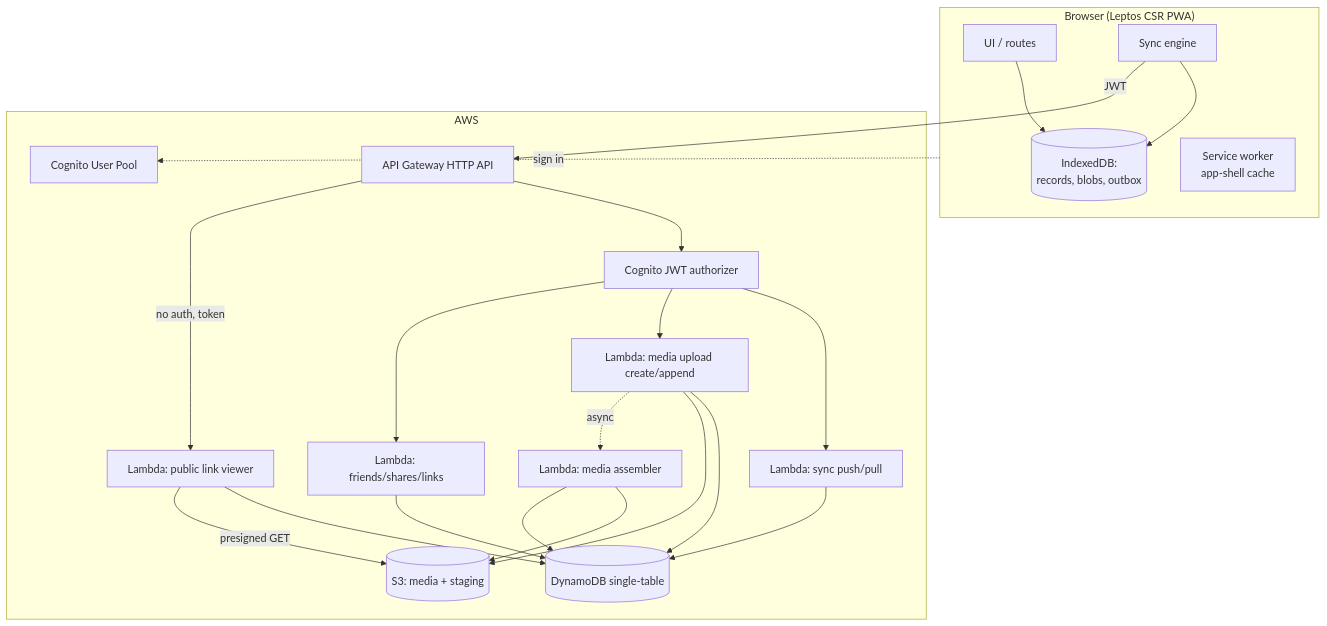
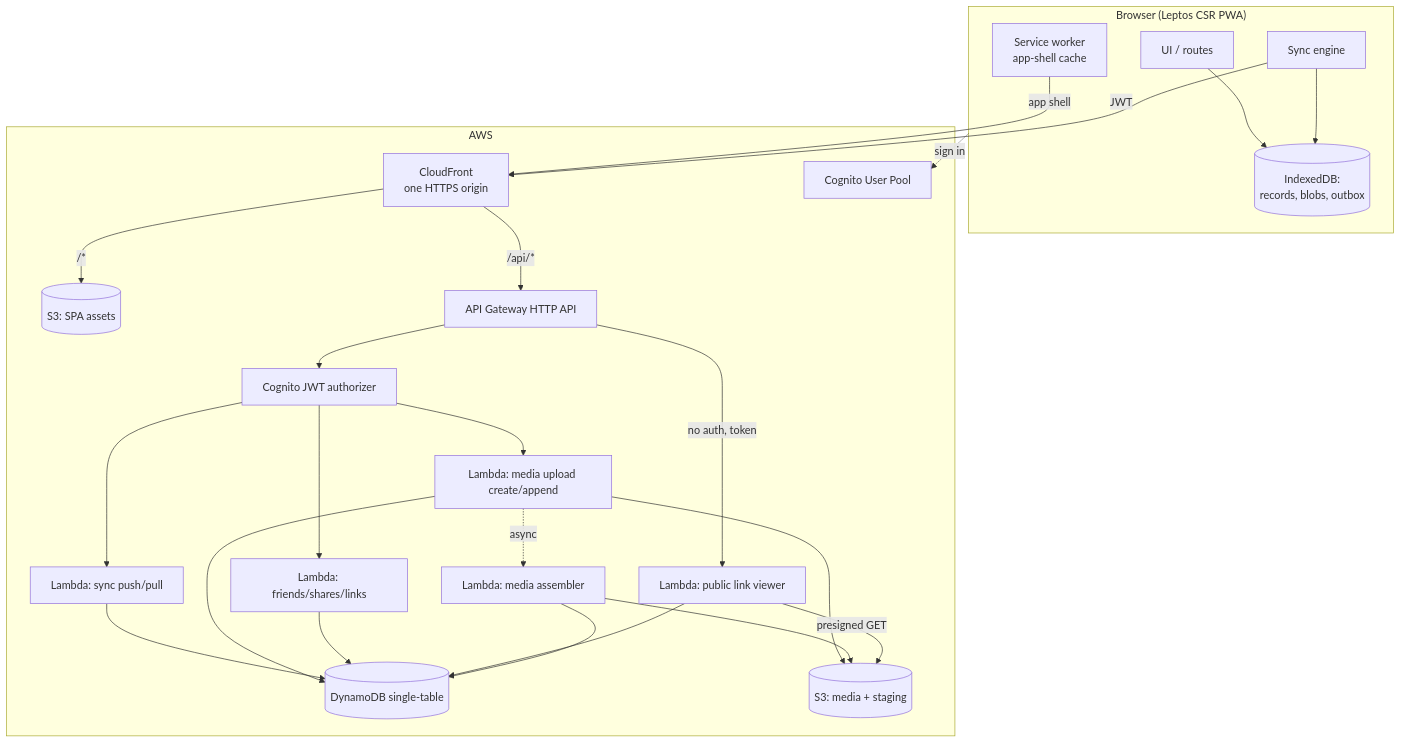
Before and after one commit to mvamgc/travel-records: the first of 3 diagrams in docs/hld.md, drawn with Mermaid. The commit also changed other lines of this file and 1 other file, not shown here.

First line of the commit message:
ADR-0005: toolchain and deployment (CDK, cargo-lambda, axum, CloudFront)

````diff
--- a/docs/hld.md
+++ b/docs/hld.md
@@ -11,35 +11,40 @@
 ```mermaid
 graph TD
   subgraph Client["Browser (Leptos CSR PWA)"]
     UI[UI / routes]
     Store[(IndexedDB:<br/>records, blobs, outbox)]
     Sync[Sync engine]
     SW[Service worker<br/>app-shell cache]
     UI --> Store
     Sync --> Store
   end
 
   subgraph AWS
+    CF[CloudFront<br/>one HTTPS origin]
+    Site[(S3: SPA assets)]
     APIGW[API Gateway HTTP API]
     Authz[Cognito JWT authorizer]
     LSync[Lambda: sync push/pull]
     LMedia[Lambda: media upload create/append]
     LAssemble[Lambda: media assembler]
     LShare[Lambda: friends/shares/links]
     LPublic[Lambda: public link viewer]
     DDB[(DynamoDB single-table)]
     S3[(S3: media + staging)]
     Cognito[Cognito User Pool]
   end
 
-  Sync -->|JWT| APIGW
+  SW -->|app shell| CF
+  Sync -->|JWT| CF
+  CF -->|"/*"| Site
+  CF -->|"/api/*"| APIGW
   APIGW --> Authz
   Authz --> LSync & LMedia & LShare
   APIGW -->|no auth, token| LPublic
   LSync & LMedia & LShare & LPublic --> DDB
   LMedia --> S3
   LMedia -. async .-> LAssemble
   LAssemble --> S3 & DDB
   LPublic -->|presigned GET| S3
   Client -. sign in .-> Cognito
 ```
````
